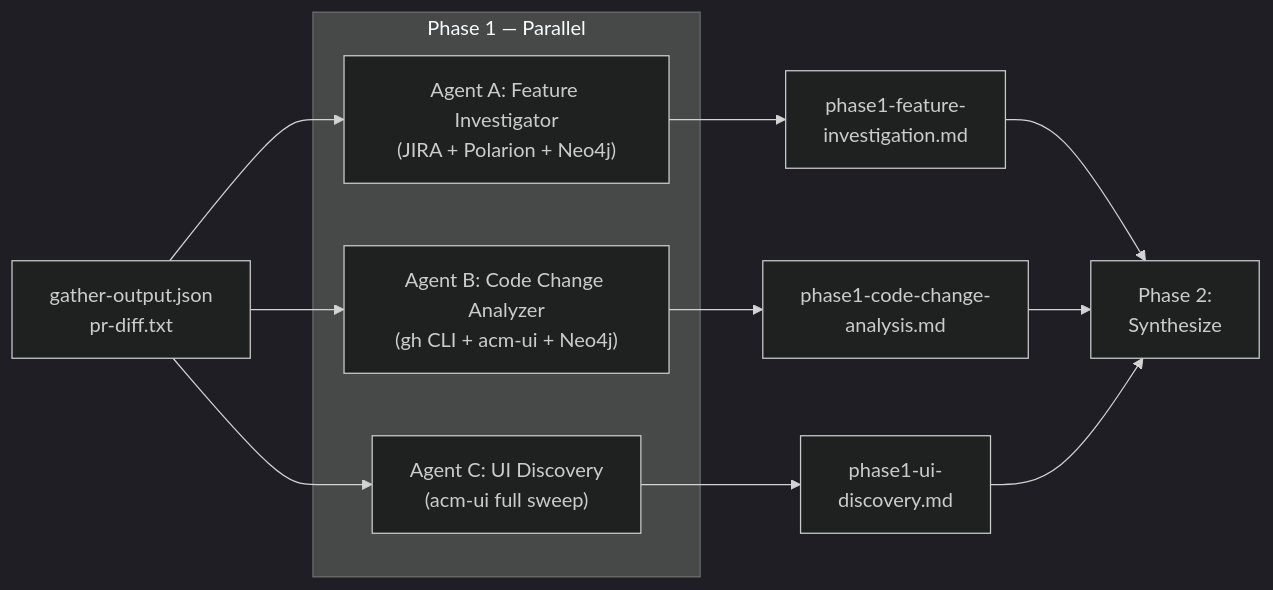
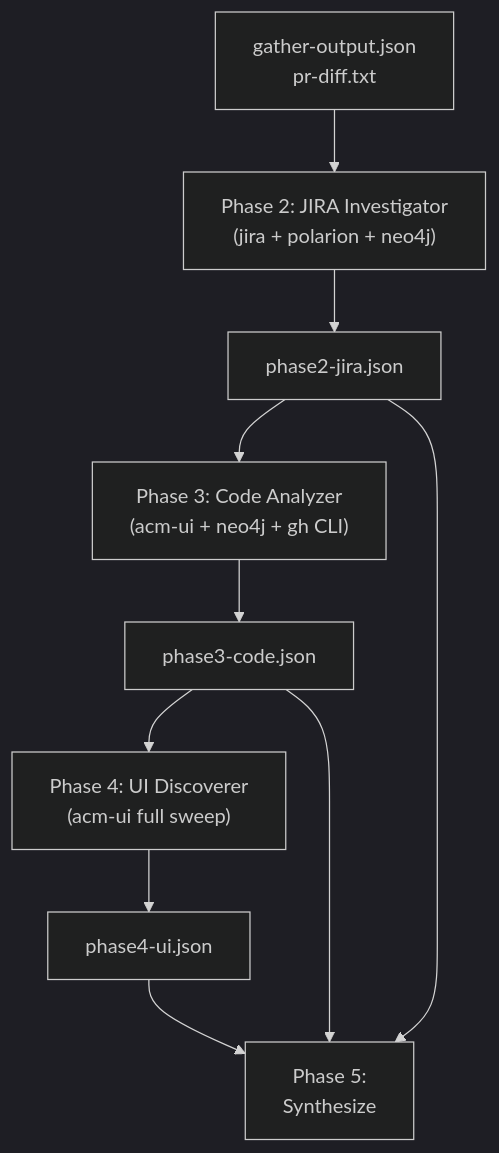
Before and after one commit to stolostron/acm-ai-qe: the sixth of 7 diagrams in docs/test-case-generator/07-SKILL-ARCHITECTURE.md, drawn with Mermaid (dark theme). The commit also changed other lines of this file and 7 other files, not shown here.

````diff
--- a/docs/test-case-generator/07-SKILL-ARCHITECTURE.md
+++ b/docs/test-case-generator/07-SKILL-ARCHITECTURE.md
@@ -593,20 +583,14 @@
 ```mermaid
-flowchart LR
-    GO[gather-output.json\npr-diff.txt] --> A
-    GO --> B
-    GO --> C
+flowchart TD
+    GO[gather-output.json\npr-diff.txt] --> P2
 
-    subgraph "Phase 1 — Parallel"
-        A["Agent A: Feature Investigator\n(JIRA + Polarion + Neo4j)"]
-        B["Agent B: Code Change Analyzer\n(gh CLI + acm-ui + Neo4j)"]
-        C["Agent C: UI Discovery\n(acm-ui full sweep)"]
-    end
+    P2["Phase 2: JIRA Investigator\n(jira + polarion + neo4j)"] --> J[phase2-jira.json]
+    J --> P3
+    P3["Phase 3: Code Analyzer\n(acm-ui + neo4j + gh CLI)"] --> C[phase3-code.json]
+    C --> P4
+    P4["Phase 4: UI Discoverer\n(acm-ui full sweep)"] --> U[phase4-ui.json]
 
-    A --> FA[phase1-feature-\ninvestigation.md]
-    B --> FB[phase1-code-change-\nanalysis.md]
-    C --> FC[phase1-ui-\ndiscovery.md]
-
-    FA --> SYN[Phase 2:\nSynthesize]
-    FB --> SYN
-    FC --> SYN
+    U --> SYN[Phase 5:\nSynthesize]
+    J --> SYN
+    C --> SYN
 ```
````
